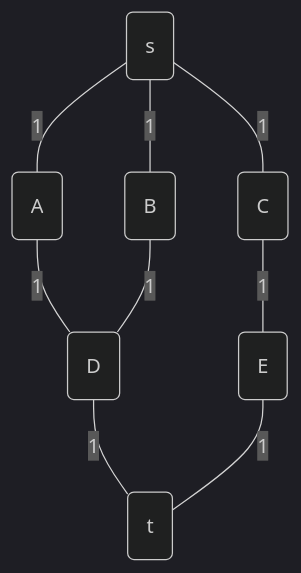
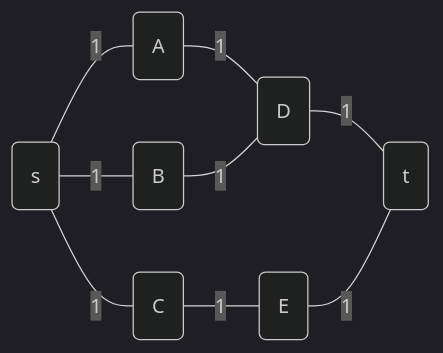
Before and after one commit to muribe0/TDA: the fourth of 9 diagrams in Redes-de-flujo/redes2.md, drawn with Mermaid (dark theme). The commit also changed other lines of this file and 1 other file, not shown here.

````diff
--- a/Redes-de-flujo/redes2.md
+++ b/Redes-de-flujo/redes2.md
@@ -87,18 +97,18 @@
 ```mermaid
-graph
+graph LR
     s(s)
     A(A)
     B(B)
     C(C)
     D(D)
     E(E)
     t(t)
     s ---|1| A
     s ---|1| B
     A ---|1| D
     B ---|1| D
     C ---|1| E
     s ---|1| C
     D ---|1| t
     E ---|1| t
 ```
````
